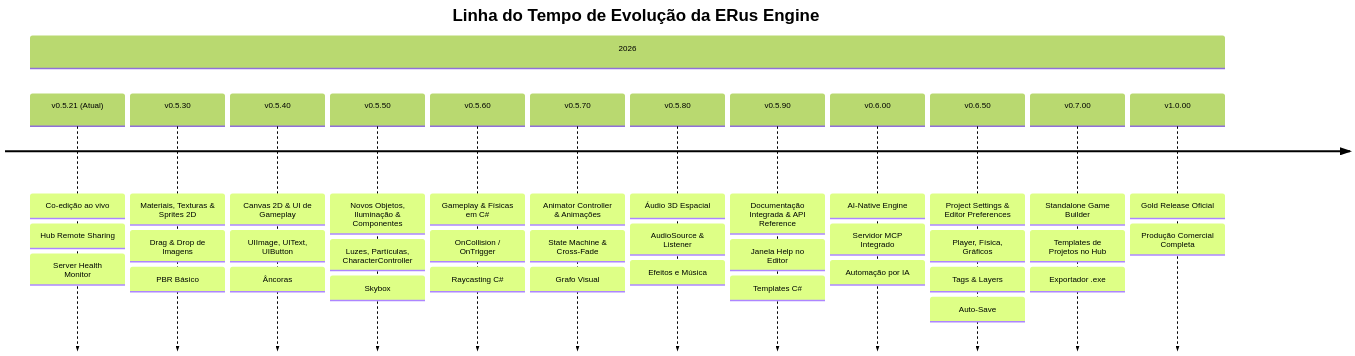
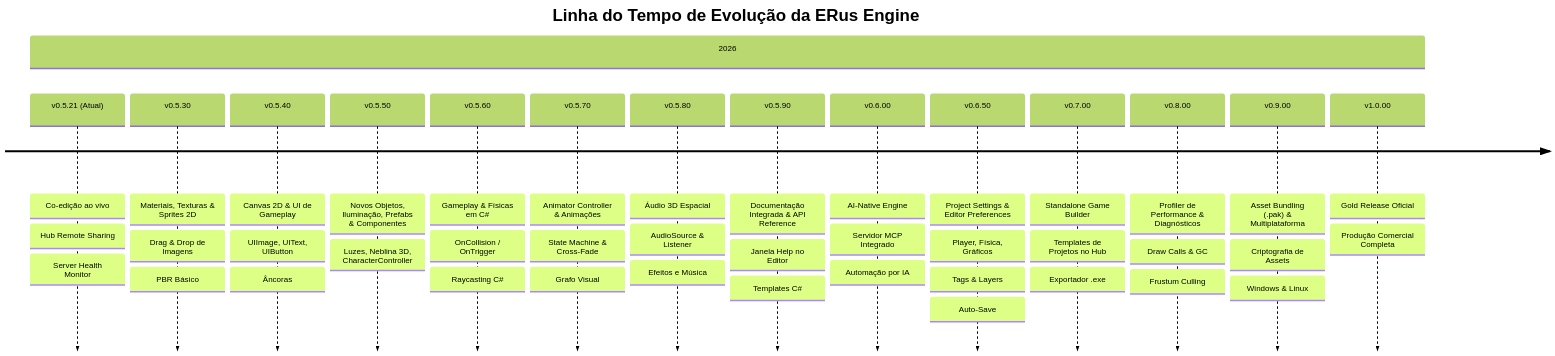
The diagram in docs/ROADMAP.md (LatadosUnited/ERus), drawn with Mermaid (forest theme) before and after one commit. The commit also changed other lines of this file, not shown here.

Commit message:
docs: adiciona marcos v0.8.00 (Profiler & Culling) e v0.9.00 (Asset Bundling .pak & Multiplataforma) ao Roadmap definitivo

````diff
--- a/docs/ROADMAP.md
+++ b/docs/ROADMAP.md
@@ -7,17 +7,19 @@
 ```mermaid
 timeline
     title Linha do Tempo de Evolução da ERus Engine
     section 2026
         v0.5.21 (Atual) : Co-edição ao vivo : Hub Remote Sharing : Server Health Monitor
         v0.5.30 : Materiais, Texturas & Sprites 2D : Drag & Drop de Imagens : PBR Básico
         v0.5.40 : Canvas 2D & UI de Gameplay : UIImage, UIText, UIButton : Âncoras
-        v0.5.50 : Novos Objetos, Iluminação & Componentes : Luzes, Partículas, CharacterController : Skybox
+        v0.5.50 : Novos Objetos, Iluminação, Prefabs & Componentes : Luzes, Neblina 3D, CharacterController
         v0.5.60 : Gameplay & Físicas em C# : OnCollision / OnTrigger : Raycasting C#
         v0.5.70 : Animator Controller & Animações : State Machine & Cross-Fade : Grafo Visual
         v0.5.80 : Áudio 3D Espacial : AudioSource & Listener : Efeitos e Música
         v0.5.90 : Documentação Integrada & API Reference : Janela Help no Editor : Templates C#
         v0.6.00 : AI-Native Engine : Servidor MCP Integrado : Automação por IA
         v0.6.50 : Project Settings & Editor Preferences : Player, Física, Gráficos : Tags & Layers : Auto-Save
         v0.7.00 : Standalone Game Builder : Templates de Projetos no Hub : Exportador .exe
+        v0.8.00 : Profiler de Performance & Diagnósticos : Draw Calls & GC : Frustum Culling
+        v0.9.00 : Asset Bundling (.pak) & Multiplataforma : Criptografia de Assets : Windows & Linux
         v1.0.00 : Gold Release Oficial : Produção Comercial Completa
 ```
````
